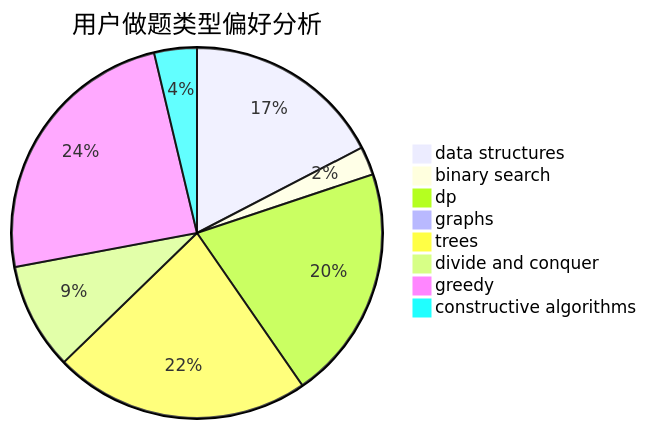
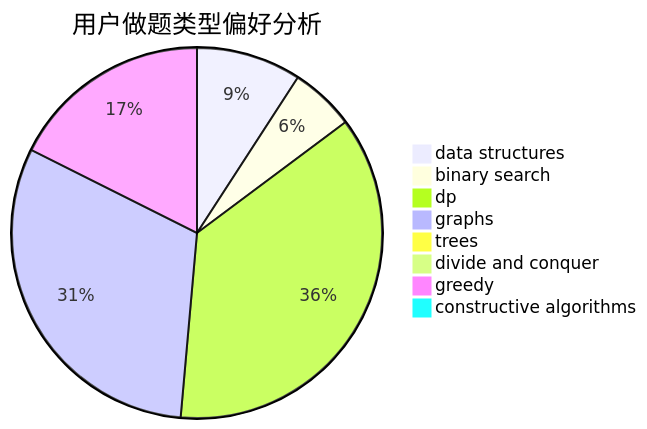
The second of 3 diagrams in docs/user/u2717.md (sherpahu/cfrs.github.io), drawn with Mermaid before and after one commit. The commit also changed other lines of this file and 2770 other files, not shown here.

````diff
--- a/docs/user/u2717.md
+++ b/docs/user/u2717.md
@@ -23,11 +23,11 @@
 ```mermaid
 pie title 用户做题类型偏好分析
-    "data structures" :  28
-    "binary search" :  4
-    "dp" :  33
-    "graphs" :  0
-    "trees" :  36
-    "divide and conquer" :  15
-    "greedy" :  39
-    "constructive algorithms" :  6
+    "data structures" :  13
+    "binary search" :  8
+    "dp" :  52
+    "graphs" :  44
+    "trees" :  0
+    "divide and conquer" :  0
+    "greedy" :  25
+    "constructive algorithms" :  1
 ```
````
